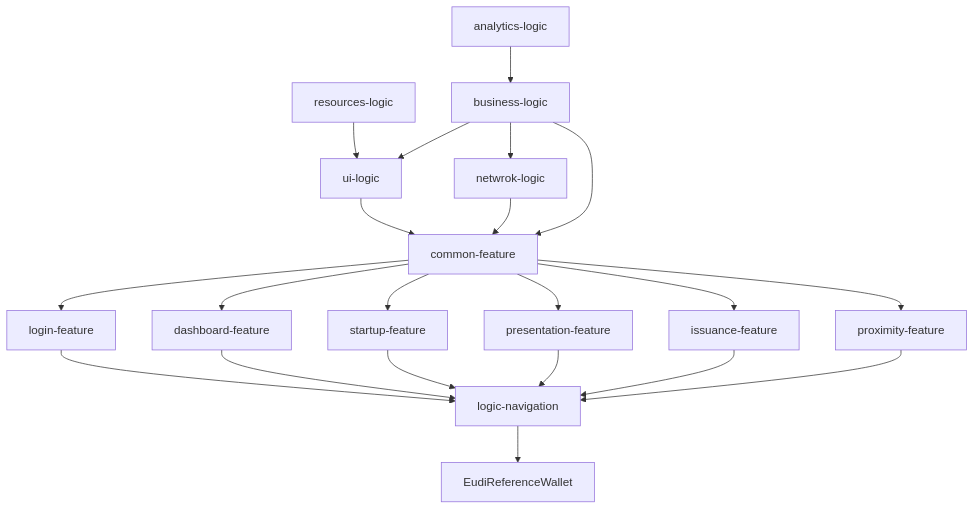
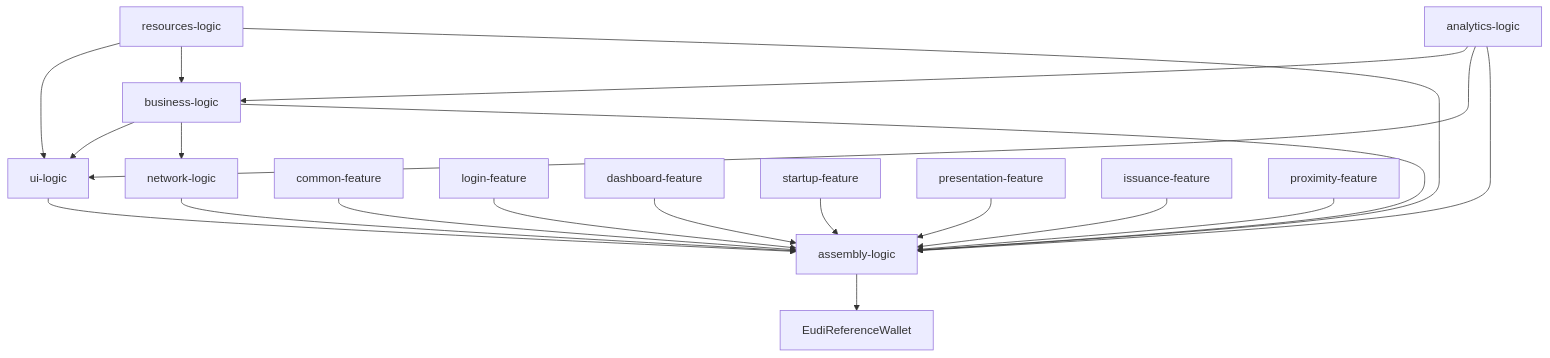
The diagram in README.md (eu-digital-identity-wallet/eudi-app-android-wallet-ui), drawn with Mermaid before and after one commit. The commit also changed other lines of this file, not shown here.

Commit message:
[fix] updated package relationships

````diff
--- a/README.md
+++ b/README.md
@@ -164,27 +164,26 @@
 ```mermaid
 graph TD;
     resources-logic-->ui-logic;
+    resources-logic-->business-logic;
     analytics-logic-->business-logic;
+    analytics-logic-->ui-logic;
     business-logic-->ui-logic;
-    business-logic-->netwrok-logic;
-    
-    business-logic-->common-feature;
-    ui-logic-->common-feature;
-    netwrok-logic-->common-feature;
+    business-logic-->network-logic;
+    network-logic-->assembly-logic;
 
-    common-feature-->login-feature;
-    common-feature-->dashboard-feature;
-    common-feature-->startup-feature;
-    common-feature-->presentation-feature;
-    common-feature-->issuance-feature;
-    common-feature-->proximity-feature;
+    resources-logic-->assembly-logic;
+    analytics-logic-->assembly-logic;
+    business-logic-->assembly-logic;
+    ui-logic-->assembly-logic;
 
-    login-feature-->logic-navigation;
-    dashboard-feature-->logic-navigation;
-    startup-feature-->logic-navigation;
-    presentation-feature-->logic-navigation;
-    issuance-feature-->logic-navigation;
-    proximity-feature-->logic-navigation;
+    common-feature-->assembly-logic;
 
-    logic-navigation-->EudiReferenceWallet;
+    login-feature-->assembly-logic;
+    dashboard-feature-->assembly-logic;
+    startup-feature-->assembly-logic;
+    presentation-feature-->assembly-logic;
+    issuance-feature-->assembly-logic;
+    proximity-feature-->assembly-logic;
+
+    assembly-logic-->EudiReferenceWallet;
 ```
````
